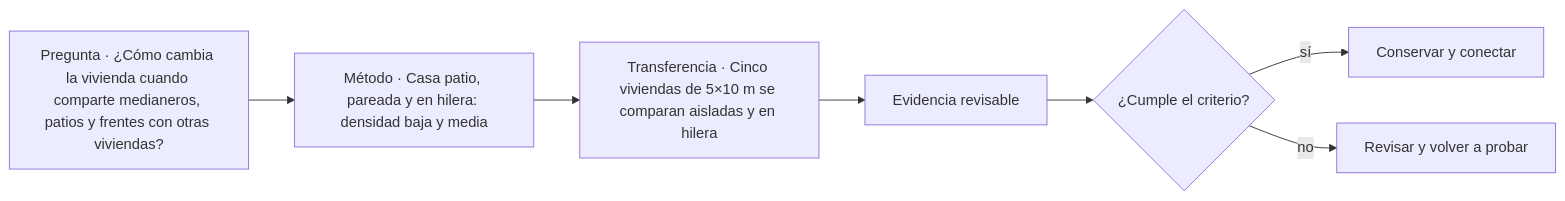
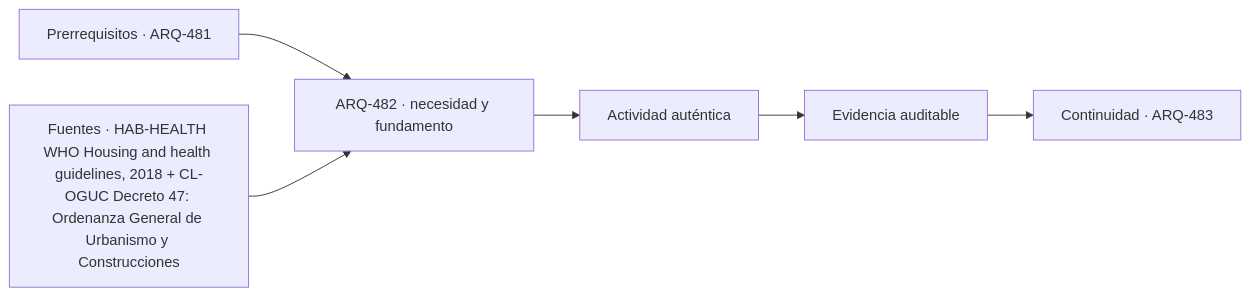
Before and after one commit to vladimiracunadev-create/architecture-built-environment-learning-program: the diagram in classes/parte-49/ARQ-482.md, drawn with Mermaid. The commit also changed other lines of this file and 761 other files, not shown here.

````diff
--- a/classes/parte-49/ARQ-482.md
+++ b/classes/parte-49/ARQ-482.md
@@ -89,9 +101,8 @@
 ```mermaid
 flowchart LR
-    Q["Pregunta · ¿Cómo cambia la vivienda cuando comparte medianeros, patios y frentes con otras viviendas?"] --> M["Método · Casa patio, pareada y en hilera: densidad baja y media"]
-    M --> P["Transferencia · Cinco viviendas de 5×10 m se comparan aisladas y en hilera"]
-    P --> E["Evidencia revisable"]
-    E --> C{"¿Cumple el criterio?"}
-    C -->|sí| T["Conservar y conectar"]
-    C -->|no| R["Revisar y volver a probar"]
+    A["Prerrequisitos · ARQ-481"] --> B["ARQ-482 · necesidad y fundamento"]
+    S["Fuentes · HAB-HEALTH WHO Housing and health guidelines, 2018 + CL-OGUC Decreto 47: Ordenanza General de Urbanismo y Construcciones"] --> B
+    B --> C["Actividad auténtica"]
+    C --> D["Evidencia auditable"]
+    D --> E["Continuidad · ARQ-483"]
 ```
````
